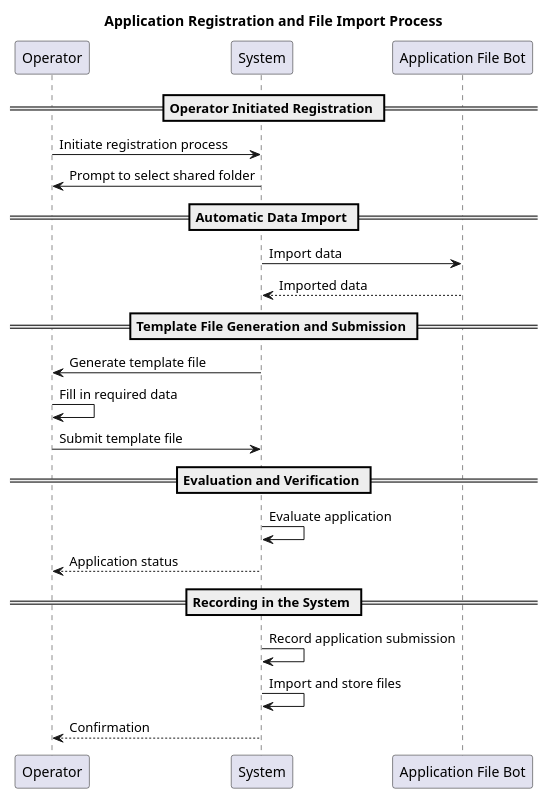
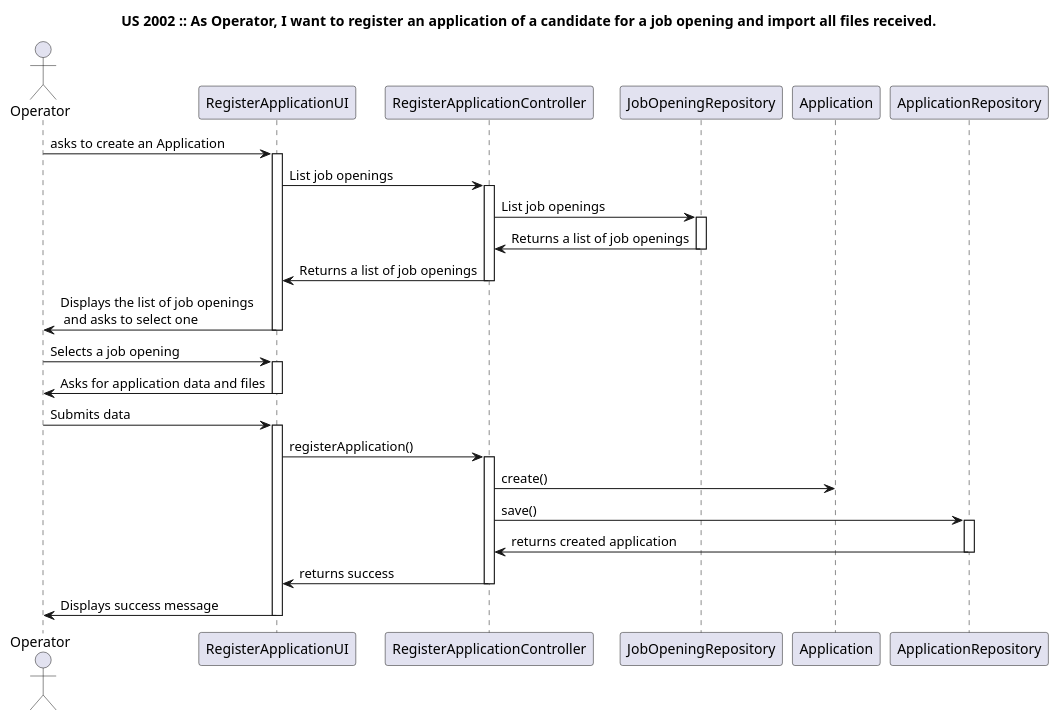
The diagram in docs/US_Sprint_B/us_2002/us_2002_SD.puml (JoelBrunoFerreira/isep-lapr4), drawn with PlantUML before and after one commit. The commit also changed 4 other files, not shown here.

Commit message:
JobApplication persistence

```diff
--- a/docs/US_Sprint_B/us_2002/us_2002_SD.puml
+++ b/docs/US_Sprint_B/us_2002/us_2002_SD.puml
@@ -1,30 +1,48 @@
 @startuml
-title Application Registration and File Import Process
+title US 2002 :: As Operator, I want to register an application of a candidate for a job opening and import all files received.
+actor Operator
+participant RegisterApplicationUI
+participant RegisterApplicationController
+participant JobOpeningRepository
+participant Application
+participant ApplicationRepository
 
-participant Operator
-participant System
-participant "Application File Bot" as Bot
 
-== Operator Initiated Registration ==
-Operator -> System: Initiate registration process
-System -> Operator: Prompt to select shared folder
+Operator->RegisterApplicationUI: asks to create an Application
+activate RegisterApplicationUI
+RegisterApplicationUI->RegisterApplicationController: List job openings
 
-== Automatic Data Import ==
-System -> Bot: Import data
-Bot --> System: Imported data
+activate RegisterApplicationController
+RegisterApplicationController->JobOpeningRepository: List job openings
+activate JobOpeningRepository
+JobOpeningRepository->RegisterApplicationController: Returns a list of job openings
+deactivate JobOpeningRepository
 
-== Template File Generation and Submission ==
-System -> Operator: Generate template file
-Operator -> Operator: Fill in required data
-Operator -> System: Submit template file
+RegisterApplicationController->RegisterApplicationUI: Returns a list of job openings
+deactivate RegisterApplicationController
+RegisterApplicationUI->Operator: Displays the list of job openings \n and asks to select one
+deactivate RegisterApplicationUI
 
-== Evaluation and Verification ==
-System -> System: Evaluate application
-System --> Operator: Application status
+Operator->RegisterApplicationUI: Selects a job opening
+activate RegisterApplicationUI
+RegisterApplicationUI->Operator: Asks for application data and files
+deactivate RegisterApplicationUI
 
-== Recording in the System ==
-System -> System: Record application submission
-System -> System: Import and store files
-System --> Operator: Confirmation
+Operator->RegisterApplicationUI: Submits data
+activate RegisterApplicationUI
+RegisterApplicationUI->RegisterApplicationController: registerApplication()
+activate RegisterApplicationController
+
+RegisterApplicationController->Application: create()
+RegisterApplicationController->ApplicationRepository: save()
+activate ApplicationRepository
+
+ApplicationRepository->RegisterApplicationController: returns created application
+deactivate ApplicationRepository
+RegisterApplicationController->RegisterApplicationUI: returns success
+deactivate RegisterApplicationController
+
+RegisterApplicationUI->Operator: Displays success message
+deactivate RegisterApplicationUI
 
 @enduml
```
